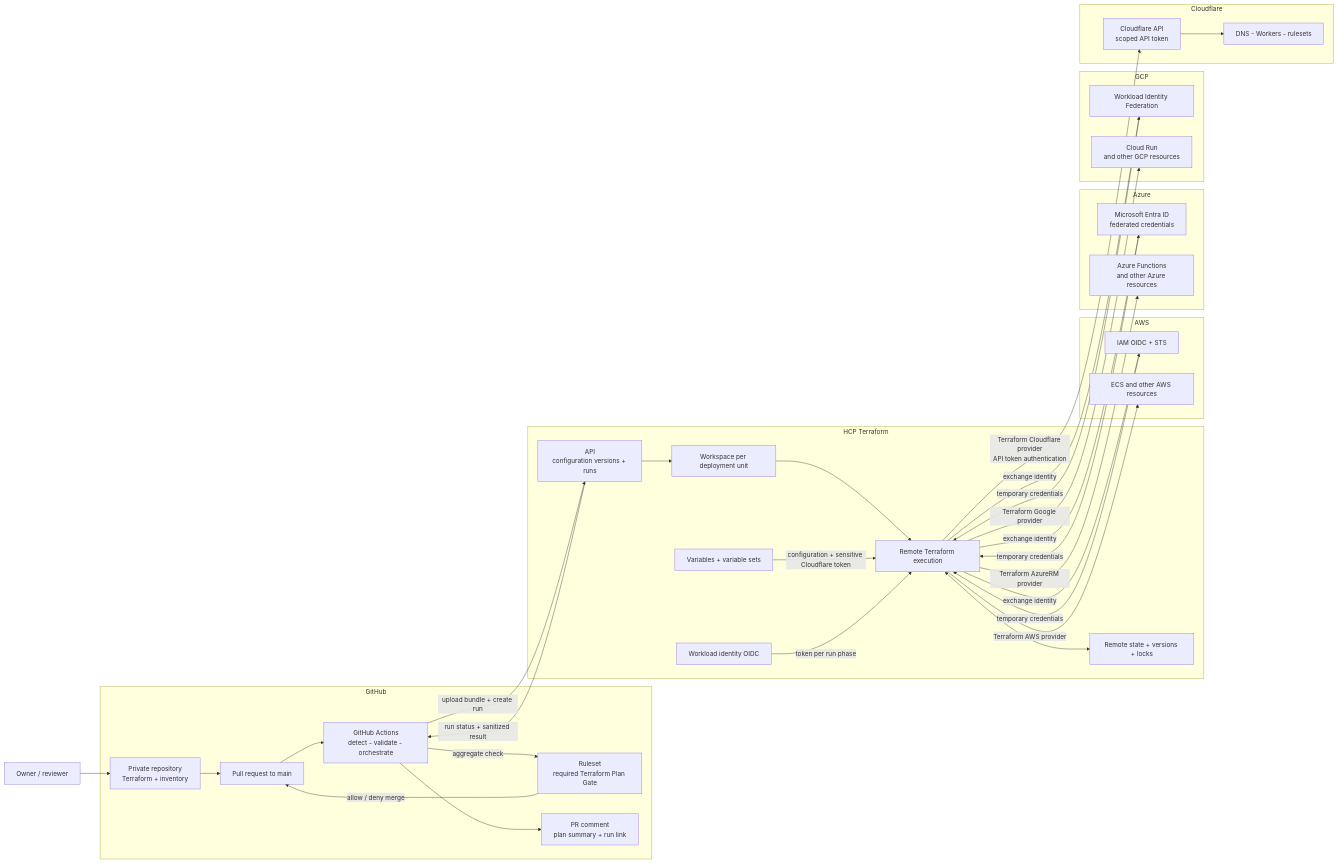
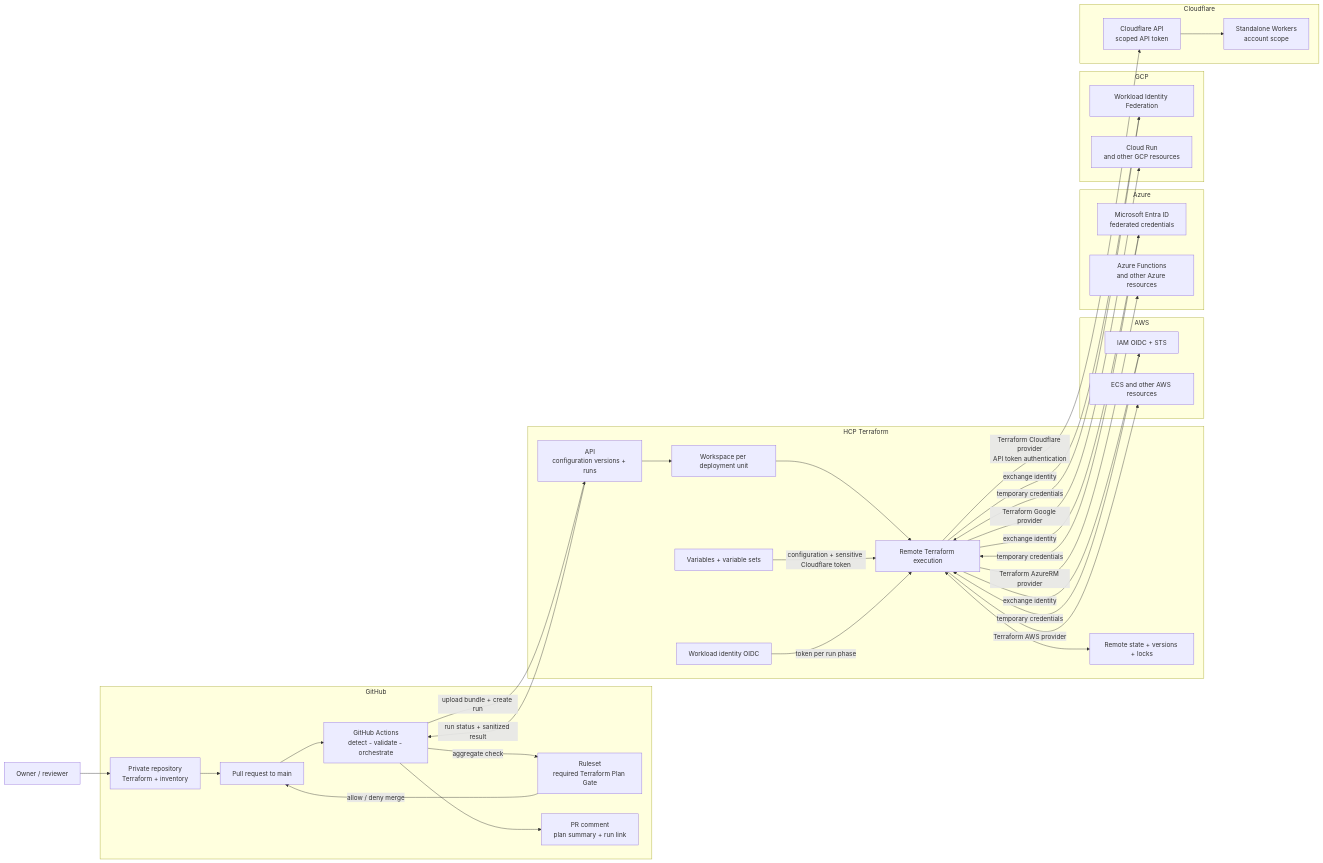
Before and after one commit to reiva5/reiva5.github.io: the first of 4 diagrams in projects/centralized-cloud-infrastructure/tdd.en.md, drawn with Mermaid. The commit also changed other lines of this file and 5 other files, not shown here.

First line of the commit message:
[Fix] Clarify Cloudflare Workers Scope in Iteration-1 TDD (#10)

````diff
--- a/projects/centralized-cloud-infrastructure/tdd.en.md
+++ b/projects/centralized-cloud-infrastructure/tdd.en.md
@@ -89,66 +91,66 @@
 ```mermaid
 flowchart LR
     Owner["Owner / reviewer"]
 
     subgraph GitHub["GitHub"]
         Repo["Private repository<br/>Terraform + inventory"]
         PR["Pull request to main"]
         Rules["Ruleset<br/>required Terraform Plan Gate"]
         Actions["GitHub Actions<br/>detect - validate - orchestrate"]
         Report["PR comment<br/>plan summary + run link"]
     end
 
     subgraph HCP["HCP Terraform"]
         API["API<br/>configuration versions + runs"]
         WS["Workspace per deployment unit"]
         Runner["Remote Terraform execution"]
         State["Remote state + versions + locks"]
         Identity["Workload identity OIDC"]
         Vars["Variables + variable sets"]
     end
 
     subgraph AWS["AWS"]
         AWSIAM["IAM OIDC + STS"]
         ECS["ECS and other AWS resources"]
     end
 
     subgraph Azure["Azure"]
         Entra["Microsoft Entra ID<br/>federated credentials"]
         Functions["Azure Functions<br/>and other Azure resources"]
     end
 
     subgraph GCP["GCP"]
         WIF["Workload Identity Federation"]
         CloudRun["Cloud Run<br/>and other GCP resources"]
     end
 
     subgraph Cloudflare["Cloudflare"]
         CFAPI["Cloudflare API<br/>scoped API token"]
-        CFResources["DNS - Workers - rulesets"]
+        CFResources["Standalone Workers<br/>account scope"]
     end
 
     Owner --> Repo
     Repo --> PR
     PR --> Actions
     Actions -->|"upload bundle + create run"| API
     API --> WS
     WS --> Runner
     Vars -->|"configuration + sensitive Cloudflare token"| Runner
     Runner <--> State
     Identity -->|"token per run phase"| Runner
     Runner -->|"exchange identity"| AWSIAM
     Runner -->|"exchange identity"| Entra
     Runner -->|"exchange identity"| WIF
     AWSIAM -->|"temporary credentials"| Runner
     Entra -->|"temporary credentials"| Runner
     WIF -->|"temporary credentials"| Runner
     Runner -->|"Terraform AWS provider"| ECS
     Runner -->|"Terraform AzureRM provider"| Functions
     Runner -->|"Terraform Google provider"| CloudRun
     Runner -->|"Terraform Cloudflare provider<br/>API token authentication"| CFAPI
     CFAPI --> CFResources
     API -->|"run status + sanitized result"| Actions
     Actions --> Report
     Actions -->|"aggregate check"| Rules
     Rules -->|"allow / deny merge"| PR
 ```
````
